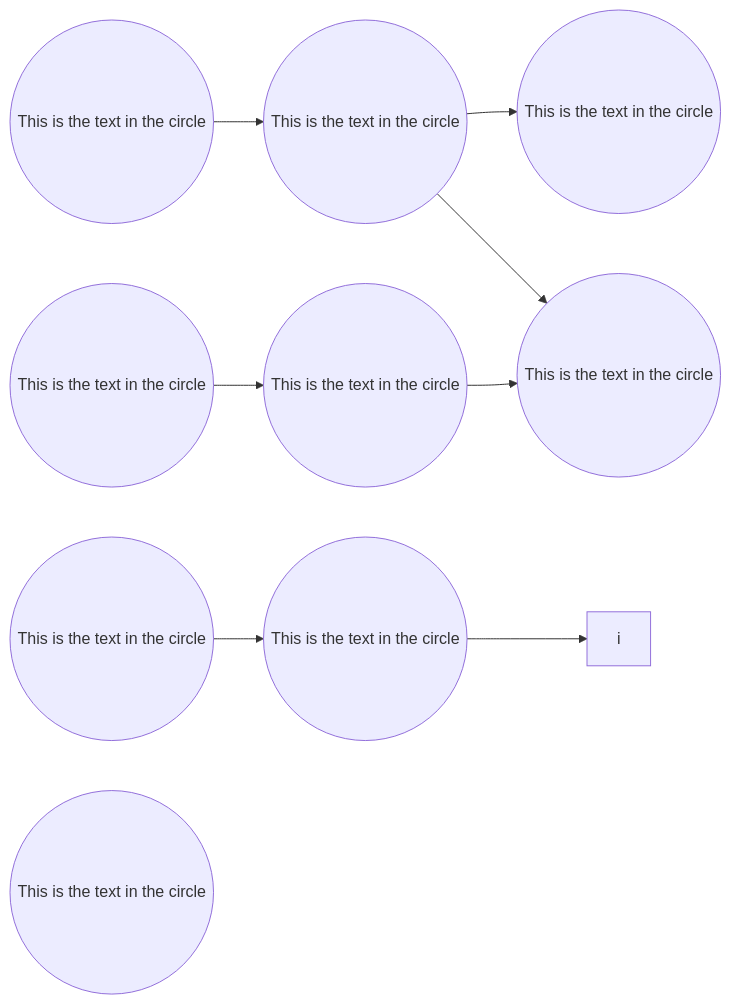
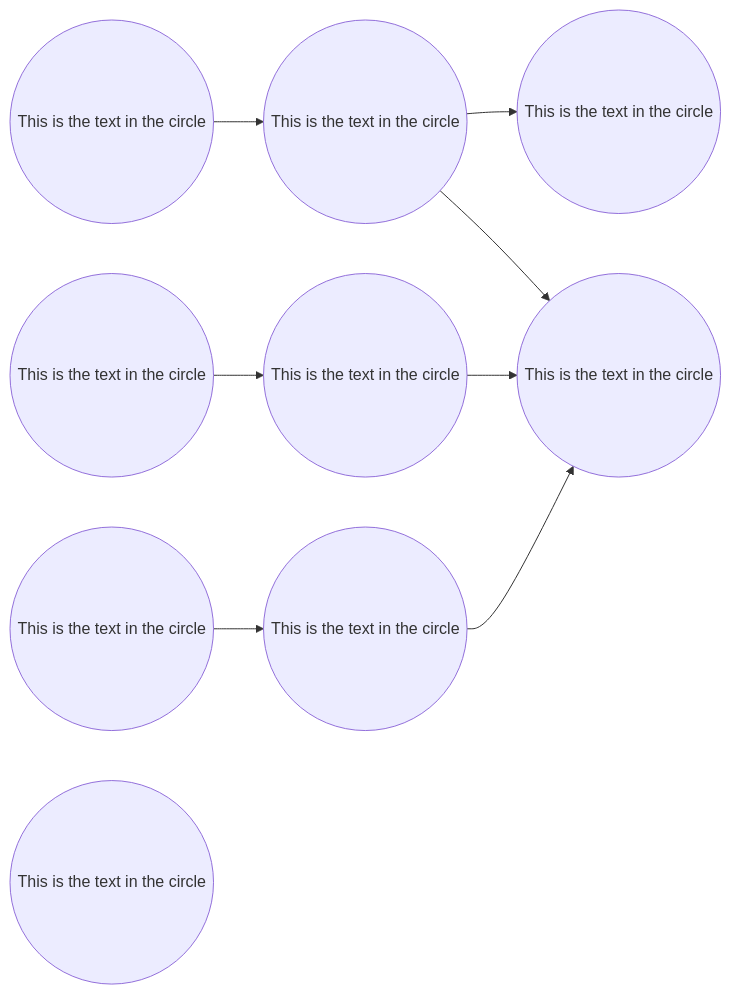
One commit to gerbssusd/dok changed the second of 2 diagrams in slides.md. Above: the diagram before and after it, drawn with Mermaid.

````diff
--- a/slides.md
+++ b/slides.md
@@ -499,14 +499,14 @@
 ```mermaid {scale: .60}
 
 flowchart LR
     id1((This is the text in the circle)) -->
     id2((This is the text in the circle)) -->
     id3((This is the text in the circle))
        id3.1((This is the text in the circle))-->
        id3.2((This is the text in the circle))-->id4
    id2 --> id4((This is the text in the circle)) 
     id5((This is the text in the circle)) -->
-      id6((This is the text in the circle))--> i 
+      id6((This is the text in the circle))--> id4 
     id7((This is the text in the circle))
 
 ```
````
